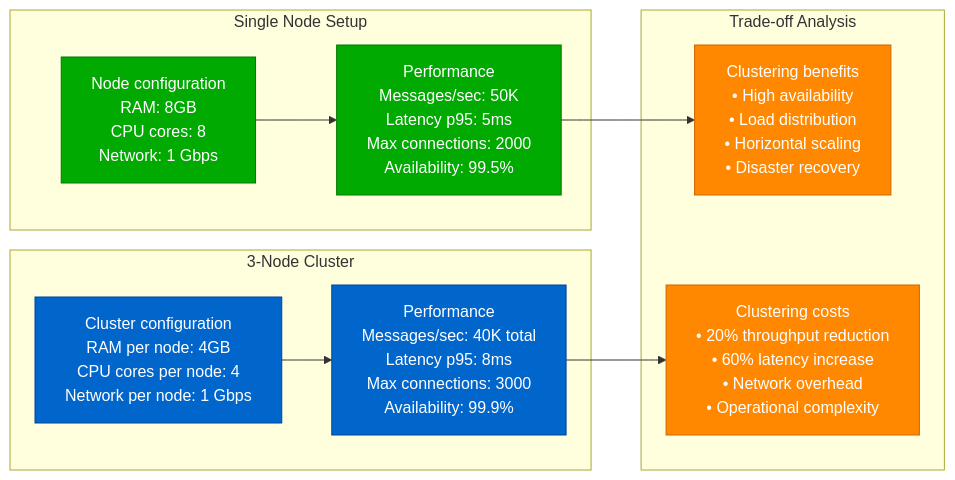
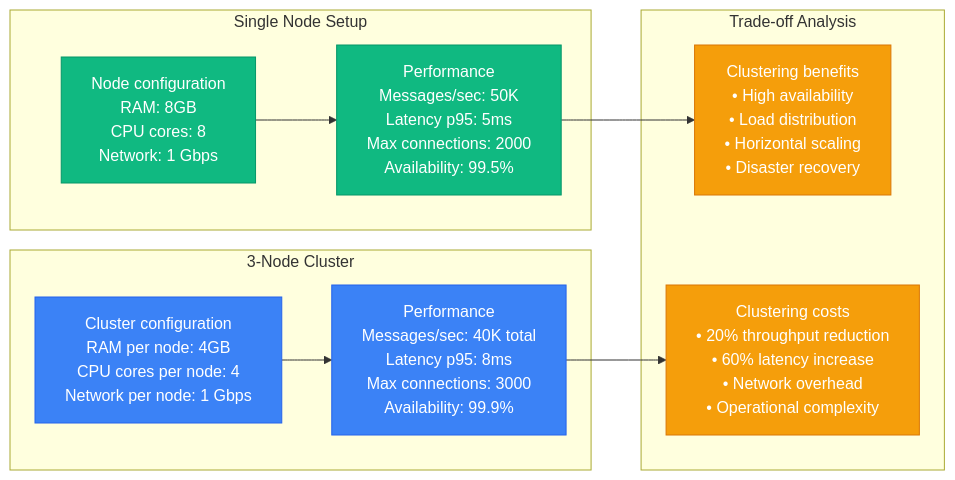
One commit to deepaucksharma/DS changed the fourth of 13 diagrams in site/docs/performance/rabbitmq-performance-profile.md. Above: the diagram before and after it, drawn with Mermaid. The commit also changed other lines of this file and 303 other files, not shown here.

````diff
--- a/site/docs/performance/rabbitmq-performance-profile.md
+++ b/site/docs/performance/rabbitmq-performance-profile.md
@@ -148,35 +148,35 @@
 ```mermaid
 graph LR
     subgraph "Single Node Setup"
         SINGLE1[Node configuration<br/>RAM: 8GB<br/>CPU cores: 8<br/>Network: 1 Gbps]
 
         SINGLE2[Performance<br/>Messages/sec: 50K<br/>Latency p95: 5ms<br/>Max connections: 2000<br/>Availability: 99.5%]
 
         SINGLE1 --> SINGLE2
     end
 
     subgraph "3-Node Cluster"
         CLUSTER1[Cluster configuration<br/>RAM per node: 4GB<br/>CPU cores per node: 4<br/>Network per node: 1 Gbps]
 
         CLUSTER2[Performance<br/>Messages/sec: 40K total<br/>Latency p95: 8ms<br/>Max connections: 3000<br/>Availability: 99.9%]
 
         CLUSTER1 --> CLUSTER2
     end
 
     subgraph "Trade-off Analysis"
         TRADEOFF1[Clustering benefits<br/>• High availability<br/>• Load distribution<br/>• Horizontal scaling<br/>• Disaster recovery]
 
         TRADEOFF2[Clustering costs<br/>• 20% throughput reduction<br/>• 60% latency increase<br/>• Network overhead<br/>• Operational complexity]
 
         SINGLE2 --> TRADEOFF1
         CLUSTER2 --> TRADEOFF2
     end
 
-    classDef singleStyle fill:#00AA00,stroke:#007700,color:#fff
-    classDef clusterStyle fill:#0066CC,stroke:#004499,color:#fff
-    classDef tradeoffStyle fill:#FF8800,stroke:#CC6600,color:#fff
+    classDef singleStyle fill:#10B981,stroke:#059669,color:#fff
+    classDef clusterStyle fill:#3B82F6,stroke:#2563EB,color:#fff
+    classDef tradeoffStyle fill:#F59E0B,stroke:#D97706,color:#fff
 
     class SINGLE1,SINGLE2 singleStyle
     class CLUSTER1,CLUSTER2 clusterStyle
     class TRADEOFF1,TRADEOFF2 tradeoffStyle
 ```
````
